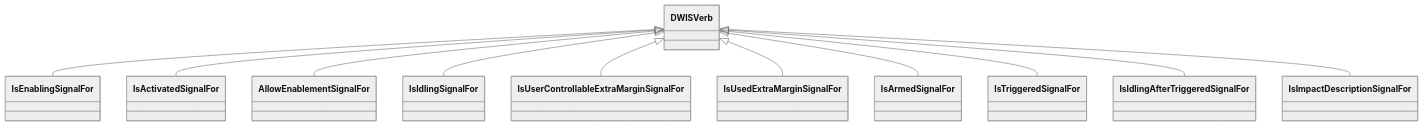
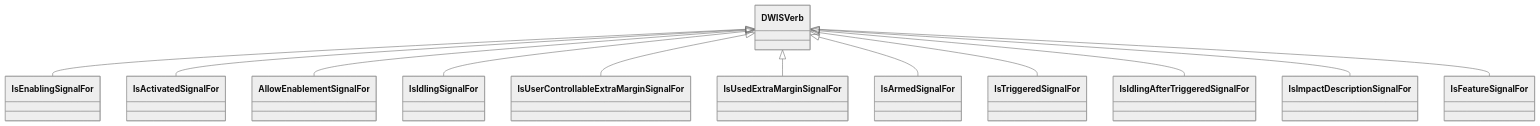
The ninth of 21 diagrams in docs/vocabulary_development/auto-generated/md/definition-files/ADCS.md (D-WIS/DDHub-Semantic-Interoperability), drawn with Mermaid (neutral theme) before and after one commit. The commit also changed other lines of this file and 13 other files, not shown here.

````diff
--- a/docs/vocabulary_development/auto-generated/md/definition-files/ADCS.md
+++ b/docs/vocabulary_development/auto-generated/md/definition-files/ADCS.md
@@ -387,13 +387,14 @@
 ```mermaid
 classDiagram
 DWISVerb <|-- IsEnablingSignalFor
 DWISVerb <|-- IsActivatedSignalFor
 DWISVerb <|-- AllowEnablementSignalFor
 DWISVerb <|-- IsIdlingSignalFor
 DWISVerb <|-- IsUserControllableExtraMarginSignalFor
 DWISVerb <|-- IsUsedExtraMarginSignalFor
 DWISVerb <|-- IsArmedSignalFor
 DWISVerb <|-- IsTriggeredSignalFor
 DWISVerb <|-- IsIdlingAfterTriggeredSignalFor
 DWISVerb <|-- IsImpactDescriptionSignalFor
+DWISVerb <|-- IsFeatureSignalFor
 ```
````
